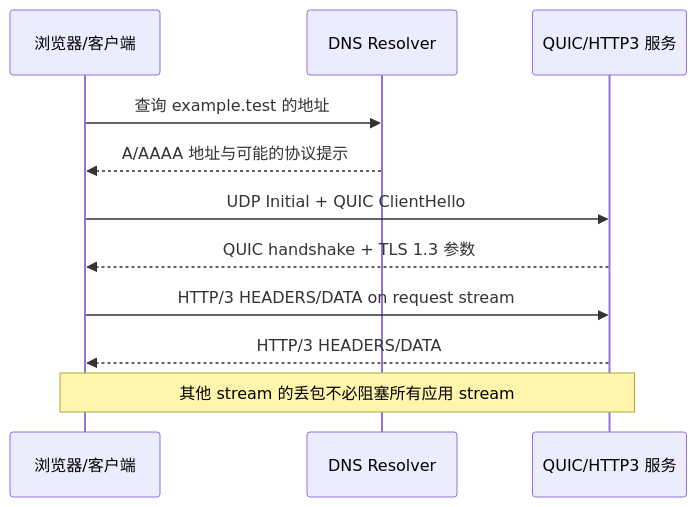
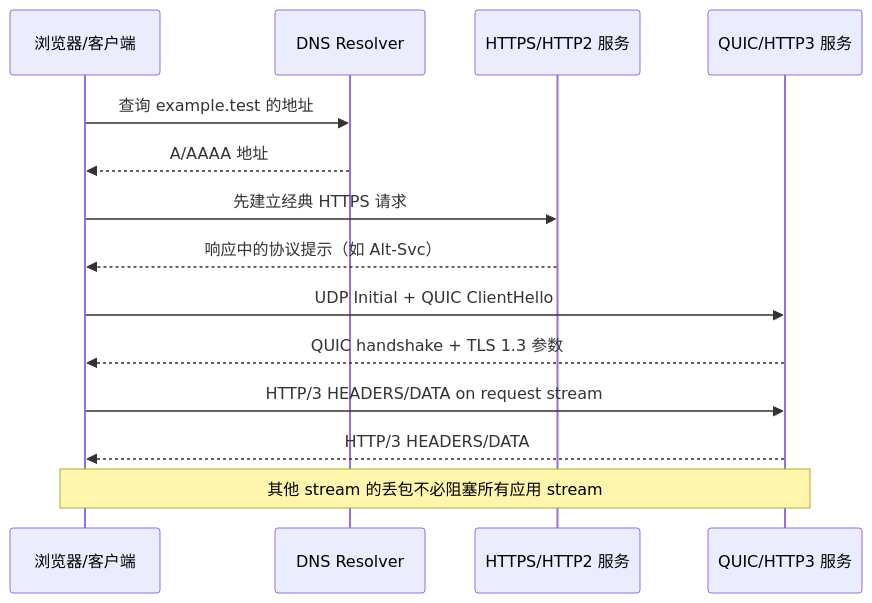
One commit to koco-co/hexo-blog changed the third of 4 diagrams in source/_posts/learn-topic/computer-network/计算机网络(九)综合实战.md. Above: the diagram before and after it, drawn with Mermaid. The commit also changed other lines of this file and 96 other files, not shown here.

```diff
--- a/source/_posts/learn-topic/computer-network/计算机网络(九)综合实战.md
+++ b/source/_posts/learn-topic/computer-network/计算机网络(九)综合实战.md
@@ -103,13 +110,16 @@
 {% mermaid %}
 sequenceDiagram
   participant B as 浏览器/客户端
   participant R as DNS Resolver
+  participant H as HTTPS/HTTP2 服务
   participant Q as QUIC/HTTP3 服务
   B->>R: 查询 example.test 的地址
-  R-->>B: A/AAAA 地址与可能的协议提示
+  R-->>B: A/AAAA 地址
+  B->>H: 先建立经典 HTTPS 请求
+  H-->>B: 响应中的协议提示（如 Alt-Svc）
   B->>Q: UDP Initial + QUIC ClientHello
   Q-->>B: QUIC handshake + TLS 1.3 参数
   B->>Q: HTTP/3 HEADERS/DATA on request stream
   Q-->>B: HTTP/3 HEADERS/DATA
   Note over B,Q: 其他 stream 的丢包不必阻塞所有应用 stream
 {% endmermaid %}
```
